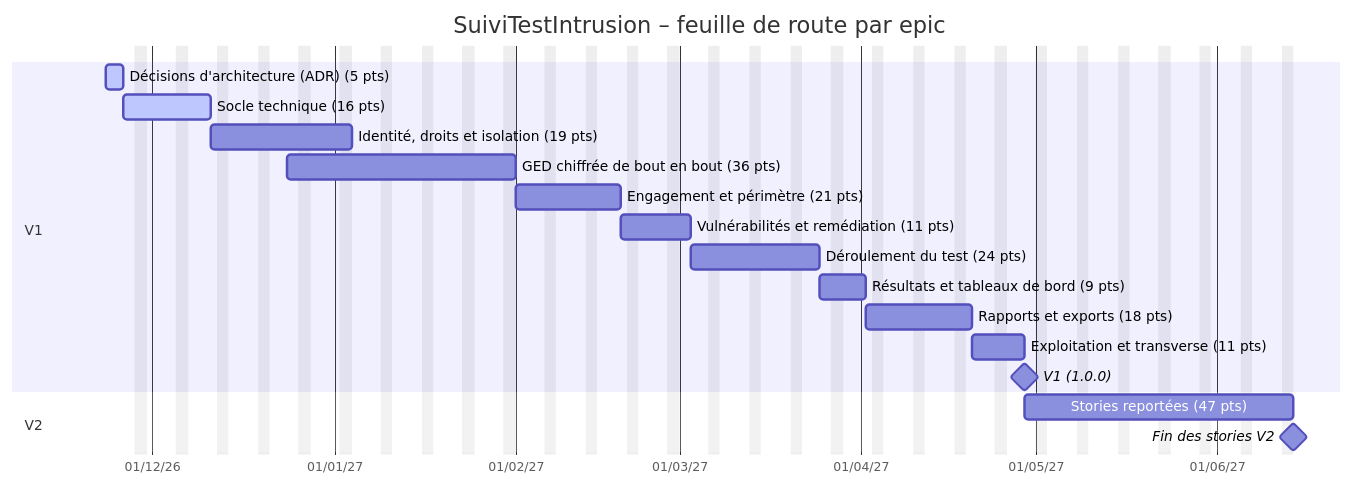
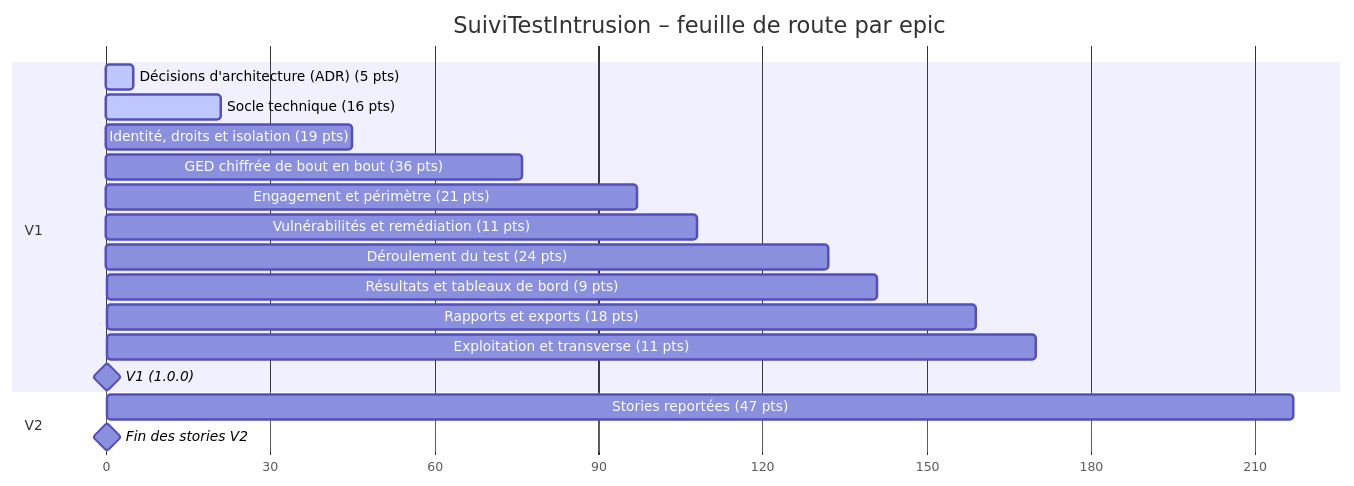
One commit to ILPlais/SuiviTestIntrusion changed the first of 2 diagrams in docs/20-29 Développement/22 Planification/22.01 Planification du développement.md. Above: the diagram before and after it, drawn with Mermaid. The commit also changed other lines of this file and 3 other files, not shown here.

First line of the commit message:
Planification sans dates : Gantt en points et relevé du temps passé (22.01).

````diff
--- a/docs/20-29 Développement/22 Planification/22.01 Planification du développement.md
+++ b/docs/20-29 Développement/22 Planification/22.01 Planification du développement.md
@@ -47,22 +46,21 @@
 ```mermaid
 gantt
     title SuiviTestIntrusion – feuille de route par epic
-    dateFormat YYYY-MM-DD
-    axisFormat %d/%m/%y
-    excludes weekends
+    dateFormat X
+    axisFormat %s
     section V1
-    Décisions d'architecture (ADR) (5 pts) :active, ep_decisions, 2026-11-23, 2026-11-26
-    Socle technique (16 pts) :active, ep_socle, 2026-11-26, 2026-12-11
-    Identité, droits et isolation (19 pts) :ep_identite, 2026-12-11, 2027-01-04
-    GED chiffrée de bout en bout (36 pts) :ep_ged_chiffree, 2026-12-24, 2027-02-01
-    Engagement et périmètre (21 pts) :ep_engagement, 2027-02-01, 2027-02-19
-    Vulnérabilités et remédiation (11 pts) :ep_vulnerabilites, 2027-02-19, 2027-03-03
-    Déroulement du test (24 pts) :ep_deroulement, 2027-03-03, 2027-03-25
-    Résultats et tableaux de bord (9 pts) :ep_resultats, 2027-03-25, 2027-04-02
-    Rapports et exports (18 pts) :ep_exports, 2027-04-02, 2027-04-20
-    Exploitation et transverse (11 pts) :ep_exploitation, 2027-04-20, 2027-04-29
-    V1 (1.0.0) :milestone, v1, 2027-04-29, 0d
+    Décisions d'architecture (ADR) (5 pts) :active, ep_decisions, 0, 5
+    Socle technique (16 pts) :active, ep_socle, 5, 21
+    Identité, droits et isolation (19 pts) :ep_identite, 21, 45
+    GED chiffrée de bout en bout (36 pts) :ep_ged_chiffree, 35, 76
+    Engagement et périmètre (21 pts) :ep_engagement, 76, 97
+    Vulnérabilités et remédiation (11 pts) :ep_vulnerabilites, 97, 108
+    Déroulement du test (24 pts) :ep_deroulement, 108, 132
+    Résultats et tableaux de bord (9 pts) :ep_resultats, 132, 141
+    Rapports et exports (18 pts) :ep_exports, 141, 159
+    Exploitation et transverse (11 pts) :ep_exploitation, 159, 170
+    V1 (1.0.0) :milestone, v1, 170, 0d
     section V2
-    Stories reportées (47 pts) :ep_v2, 2027-04-29, 2027-06-14
-    Fin des stories V2 :milestone, v2, 2027-06-14, 0d
+    Stories reportées (47 pts) :ep_v2, 170, 217
+    Fin des stories V2 :milestone, v2, 217, 0d
 ```
````
